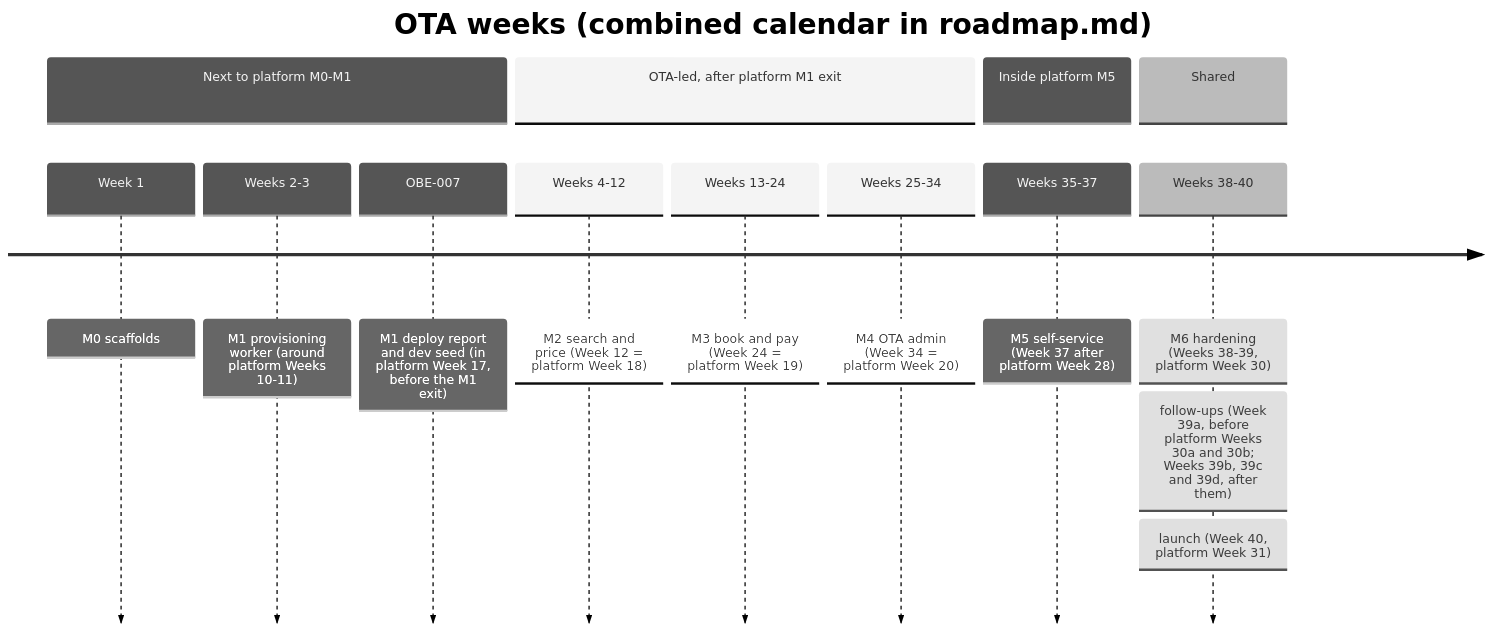
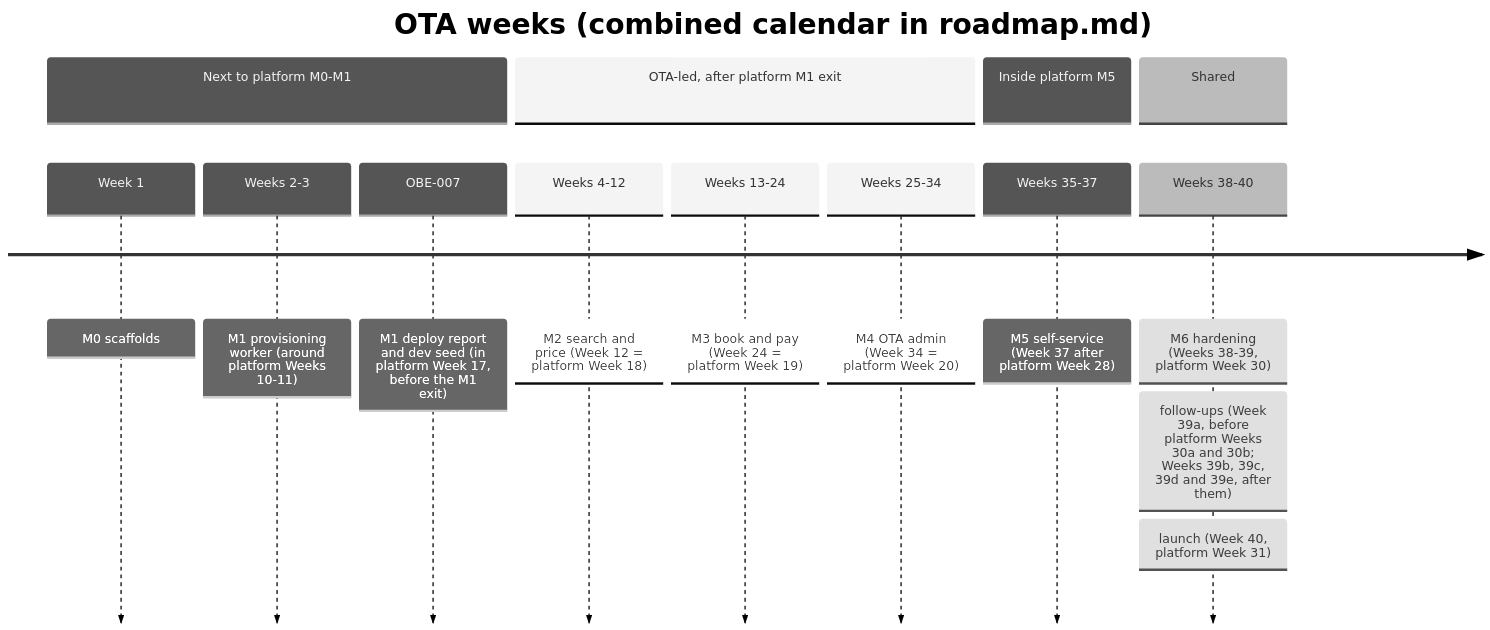
One commit to bhagwati-prasad/velexis-ota changed the diagram in ota/docs/plans/solo-developer-plan.md. Above: the diagram before and after it, drawn with Mermaid (neutral theme). The commit also changed other lines of this file and 30 other files, not shown here.

First line of the commit message:
fix: move X-043 after launch and plan this wave's new tasks, keep secrets out of Caddy's error log and unit start, name the WAF's argument refusal, and test the security-log units in CI

````diff
--- a/ota/docs/plans/solo-developer-plan.md
+++ b/ota/docs/plans/solo-developer-plan.md
@@ -71,16 +72,16 @@
 ```mermaid
 timeline
   title OTA weeks (combined calendar in roadmap.md)
   section Next to platform M0-M1
     Week 1 : M0 scaffolds
     Weeks 2-3 : M1 provisioning worker (around platform Weeks 10-11)
     OBE-007 : M1 deploy report and dev seed (in platform Week 17, before the M1 exit)
   section OTA-led, after platform M1 exit
     Weeks 4-12 : M2 search and price (Week 12 = platform Week 18)
     Weeks 13-24 : M3 book and pay (Week 24 = platform Week 19)
     Weeks 25-34 : M4 OTA admin (Week 34 = platform Week 20)
   section Inside platform M5
     Weeks 35-37 : M5 self-service (Week 37 after platform Week 28)
   section Shared
-    Weeks 38-40 : M6 hardening (Weeks 38-39, platform Week 30) : follow-ups (Week 39a, before platform Weeks 30a and 30b; Weeks 39b, 39c and 39d, after them) : launch (Week 40, platform Week 31)
+    Weeks 38-40 : M6 hardening (Weeks 38-39, platform Week 30) : follow-ups (Week 39a, before platform Weeks 30a and 30b; Weeks 39b, 39c, 39d and 39e, after them) : launch (Week 40, platform Week 31)
 ```
````
